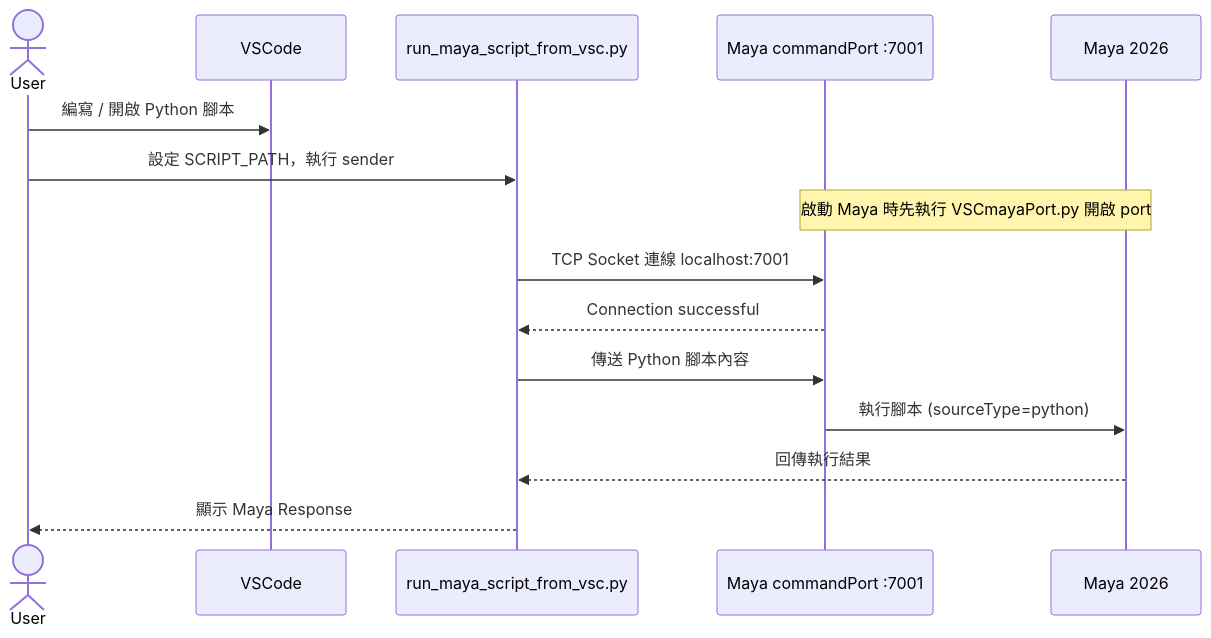
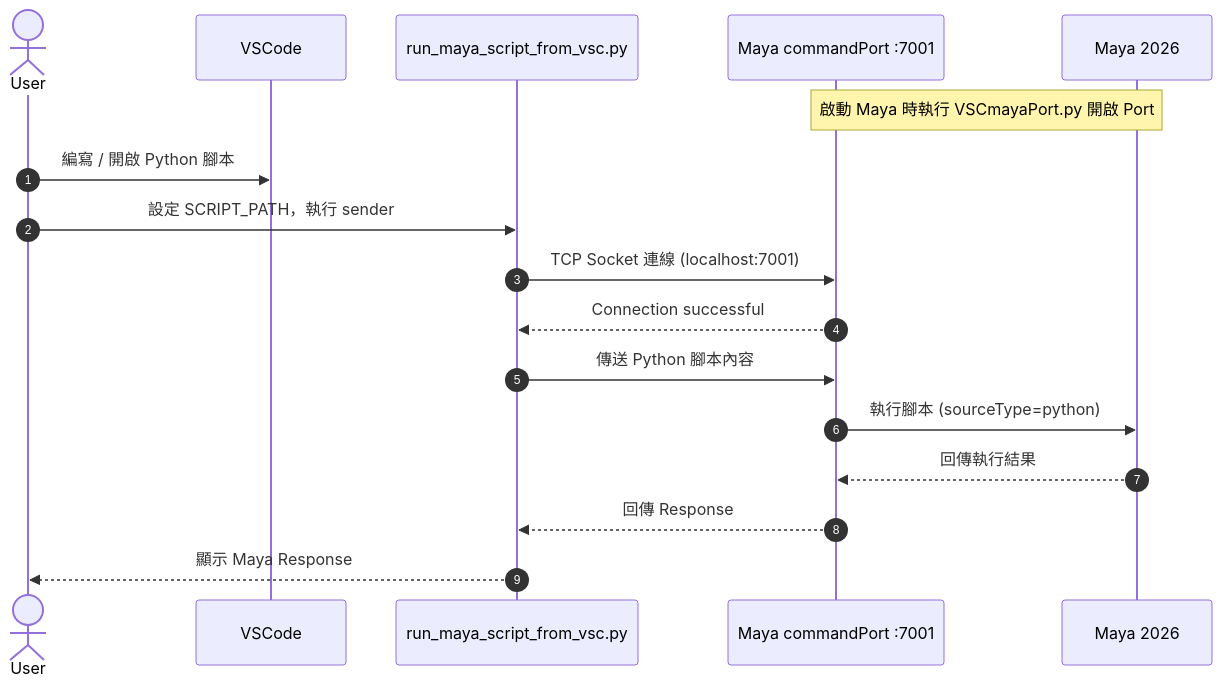
Before and after one commit to CrystalJenq/MayaMCP: the diagram in README.md, drawn with Mermaid.

Commit message:
Refine sequence diagram: autonumber, cleaner flow, split steps

````diff
--- a/README.md
+++ b/README.md
@@ -9,20 +9,24 @@
 ```mermaid
 sequenceDiagram
+    autonumber
     actor User
-    participant VSCode
+    participant VS as VSCode
     participant Sender as run_maya_script_from_vsc.py
     participant Port as Maya commandPort :7001
     participant Maya as Maya 2026
 
-    User->>VSCode: 編寫 / 開啟 Python 腳本
+    Note over Port, Maya: 啟動 Maya 時執行 VSCmayaPort.py 開啟 Port
+
+    User->>VS: 編寫 / 開啟 Python 腳本
     User->>Sender: 設定 SCRIPT_PATH，執行 sender
-
-    Note over Port,Maya: 啟動 Maya 時先執行 VSCmayaPort.py 開啟 port
-
-    Sender->>Port: TCP Socket 連線 localhost:7001
+    
+    Sender->>Port: TCP Socket 連線 (localhost:7001)
     Port-->>Sender: Connection successful
+    
     Sender->>Port: 傳送 Python 腳本內容
     Port->>Maya: 執行腳本 (sourceType=python)
-    Maya-->>Sender: 回傳執行結果
+    
+    Maya-->>Port: 回傳執行結果
+    Port-->>Sender: 回傳 Response
     Sender-->>User: 顯示 Maya Response
 ```
````
